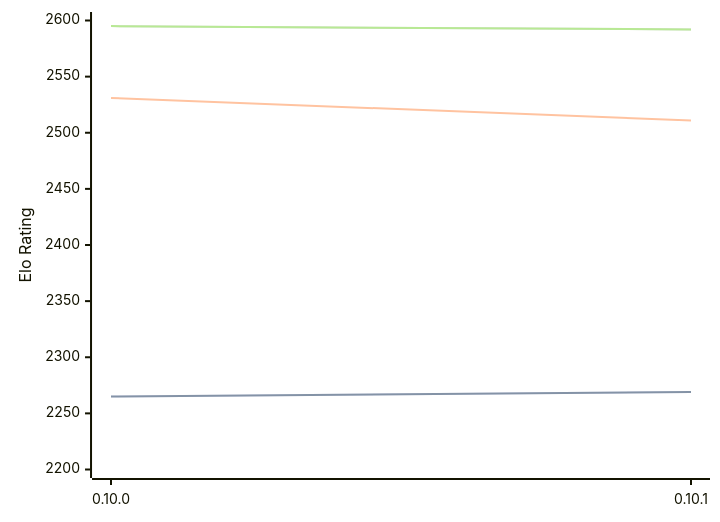
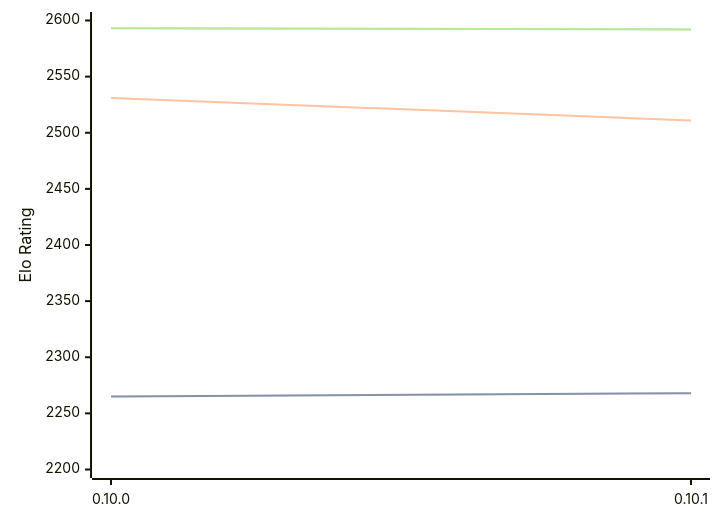
One commit to computer-chess-index/cci changed the diagram in engines/Fatalii.md. Above: the diagram before and after it, drawn with Mermaid. The commit also changed other lines of this file, not shown here.

Commit message:
Update CCI Ratings (ELO VLTC) - 2026-08-03

````diff
--- a/engines/Fatalii.md
+++ b/engines/Fatalii.md
@@ -46,11 +46,11 @@
 ```mermaid
 %%{init: {"theme":"base","themeVariables":{"seriesColors:['#a3a3a3','#222221','#faa371']}}}%%
 xychart-beta
   x-axis ["0.10.0", "0.10.1"]
   y-axis "Elo Rating" 2200 --> 2600
-  line "STC (8.0+0.08s)" [2265, 2269]
-  line "STC (8.0+0.08s)" [2265, 2269]
+  line "STC (8.0+0.08s)" [2265, 2268]
+  line "STC (8.0+0.08s)" [2265, 2268]
   line "LTC (60.0+0.60s)" [2531, 2511]
-  line "VLTC (2m24s+1.12s)" [2595, 2592]
-  line "VLTC (2m24s+1.12s)" [2595, 2592]
+  line "VLTC (2m24s+1.12s)" [2593, 2592]
+  line "VLTC (2m24s+1.12s)" [2593, 2592]
 ```
````
